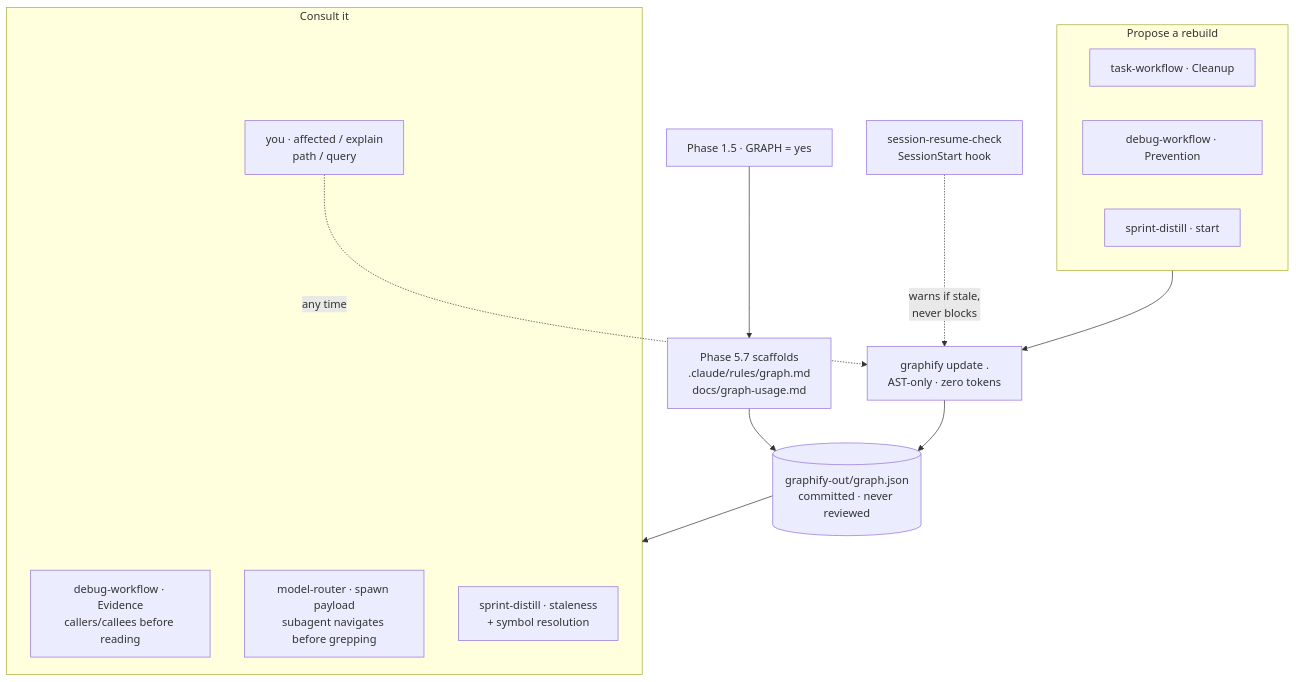
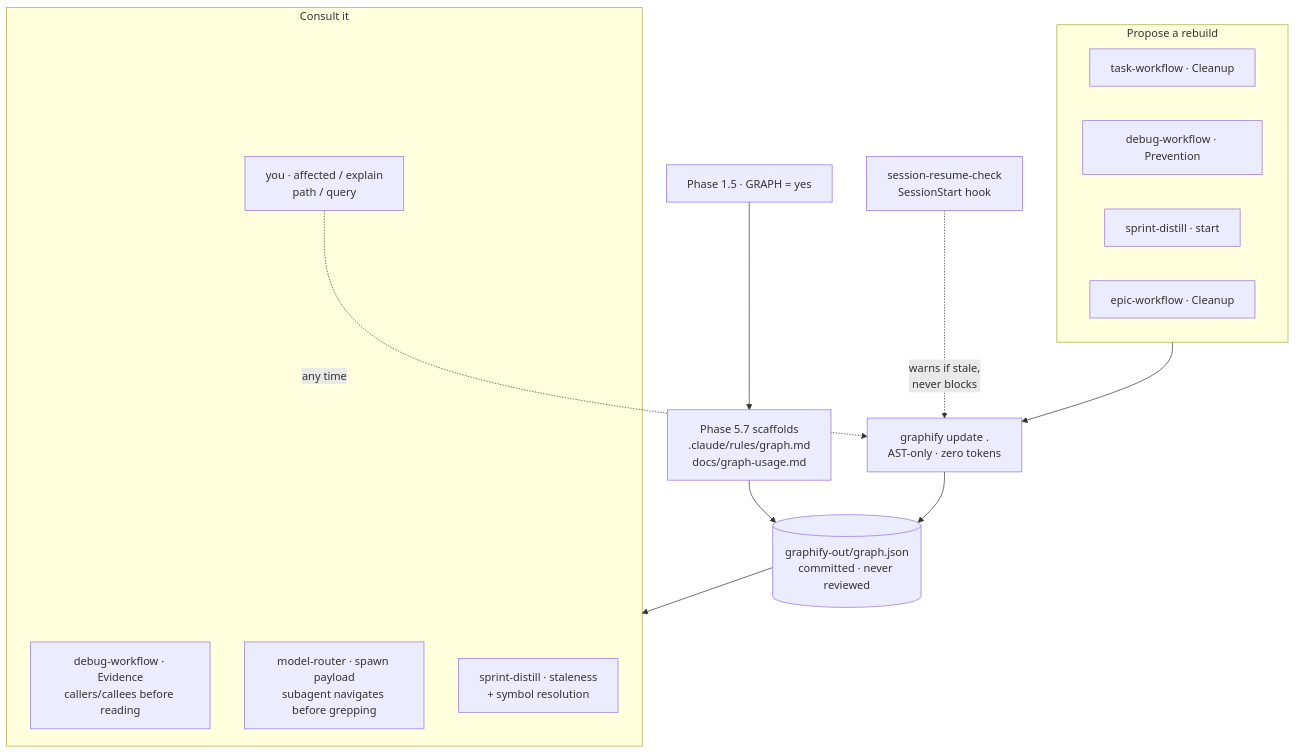
One commit to tammai/bigin-skills changed the diagram in docs/GRAPHIFY.md. Above: the diagram before and after it, drawn with Mermaid. The commit also changed other lines of this file and 25 other files, not shown here.

````diff
--- a/docs/GRAPHIFY.md
+++ b/docs/GRAPHIFY.md
@@ -69,25 +69,26 @@
 ```mermaid
 flowchart TD
     A["Phase 1.5 · GRAPH = yes"] --> B["Phase 5.7 scaffolds<br/>.claude/rules/graph.md<br/>docs/graph-usage.md"]
     B --> C[("graphify-out/graph.json<br/>committed · never reviewed")]
 
     subgraph reads["Consult it"]
         D["debug-workflow · Evidence<br/>callers/callees before reading"]
         E["model-router · spawn payload<br/>subagent navigates before grepping"]
         F["sprint-distill · staleness<br/>+ symbol resolution"]
         G["you · affected / explain<br/>path / query"]
     end
 
     subgraph writes["Propose a rebuild"]
         H["task-workflow · Cleanup"]
         I["debug-workflow · Prevention"]
         J["sprint-distill · start"]
+        K["epic-workflow · Cleanup"]
     end
 
     C --> reads
     writes --> R["graphify update .<br/>AST-only · zero tokens"]
     G -.->|any time| R
     R --> C
 
     S["session-resume-check<br/>SessionStart hook"] -.->|warns if stale,<br/>never blocks| R
 ```
````
